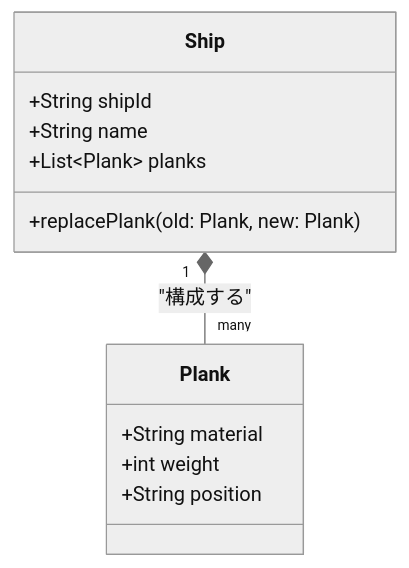
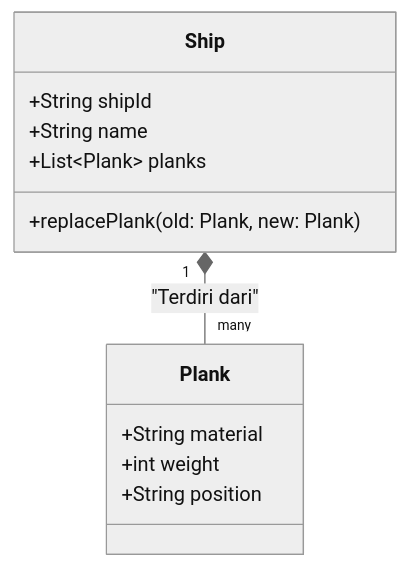
Before and after one commit to kenjinote/blog: the second of 4 diagrams in content/post/ship-of-theseus/index.id.md, drawn with Mermaid (neutral theme). The commit also changed other lines of this file and 28 other files, not shown here.

Commit message:
Translate Japanese text inside Mermaid diagrams to respective languages

````diff
--- a/content/post/ship-of-theseus/index.id.md
+++ b/content/post/ship-of-theseus/index.id.md
@@ -67,15 +67,15 @@
 ```mermaid
 classDiagram
     class Ship {
         +String shipId
         +String name
         +List~Plank~ planks
         +replacePlank(old: Plank, new: Plank)
     }
     class Plank {
         +String material
         +int weight
         +String position
     }
-    Ship "1" *-- "many" Plank : "構成する"
+    Ship "1" *-- "many" Plank : "Terdiri dari"
 ```
````
